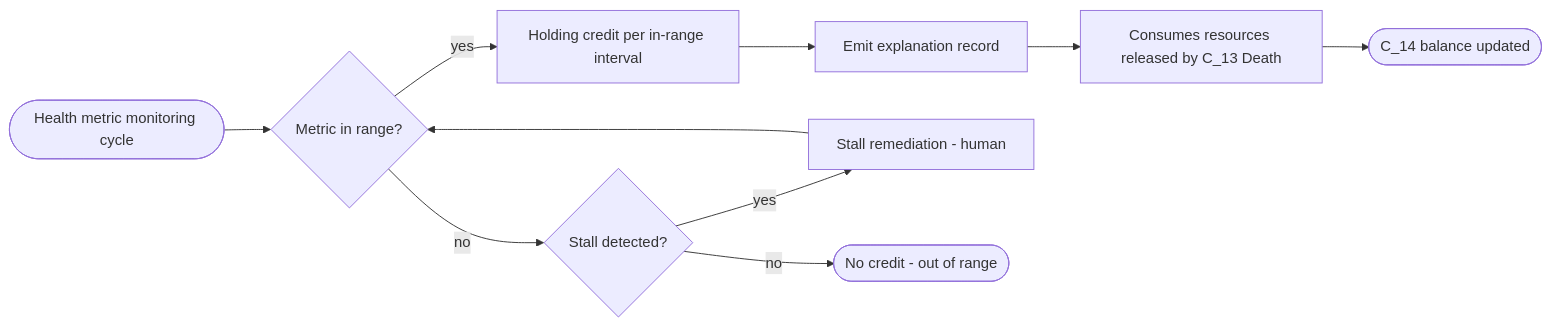
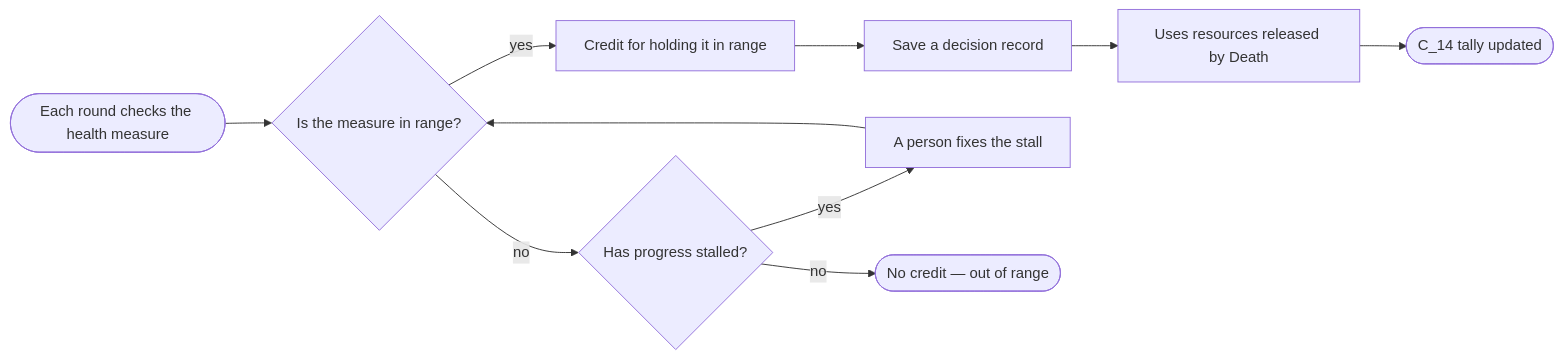
One commit to vijayee/resonantdao-example changed diagram 17 of 24 in docs/contribution-economy/README.md. Above: the diagram before and after it, drawn with Mermaid. The commit also changed other lines of this file, not shown here.

````diff
--- a/docs/contribution-economy/README.md
+++ b/docs/contribution-economy/README.md
@@ -280,8 +277,8 @@
 ```mermaid
 flowchart LR
-  S([Health metric monitoring cycle]) --> G1{Metric in range?}
-  G1 -->|yes| H[Holding credit per in-range interval] --> RC[Emit explanation record] --> CONS[Consumes resources released by C_13 Death] --> E1([C_14 balance updated])
-  G1 -->|no| G2{Stall detected?}
-  G2 -->|yes| SR[Stall remediation - human] --> G1
-  G2 -->|no| E2([No credit - out of range])
+  S([Each round checks the health measure]) --> G1{Is the measure in range?}
+  G1 -->|yes| H[Credit for holding it in range] --> RC[Save a decision record] --> CONS[Uses resources released by Death] --> E1([C_14 tally updated])
+  G1 -->|no| G2{Has progress stalled?}
+  G2 -->|yes| SR[A person fixes the stall] --> G1
+  G2 -->|no| E2([No credit — out of range])
 ```
````
